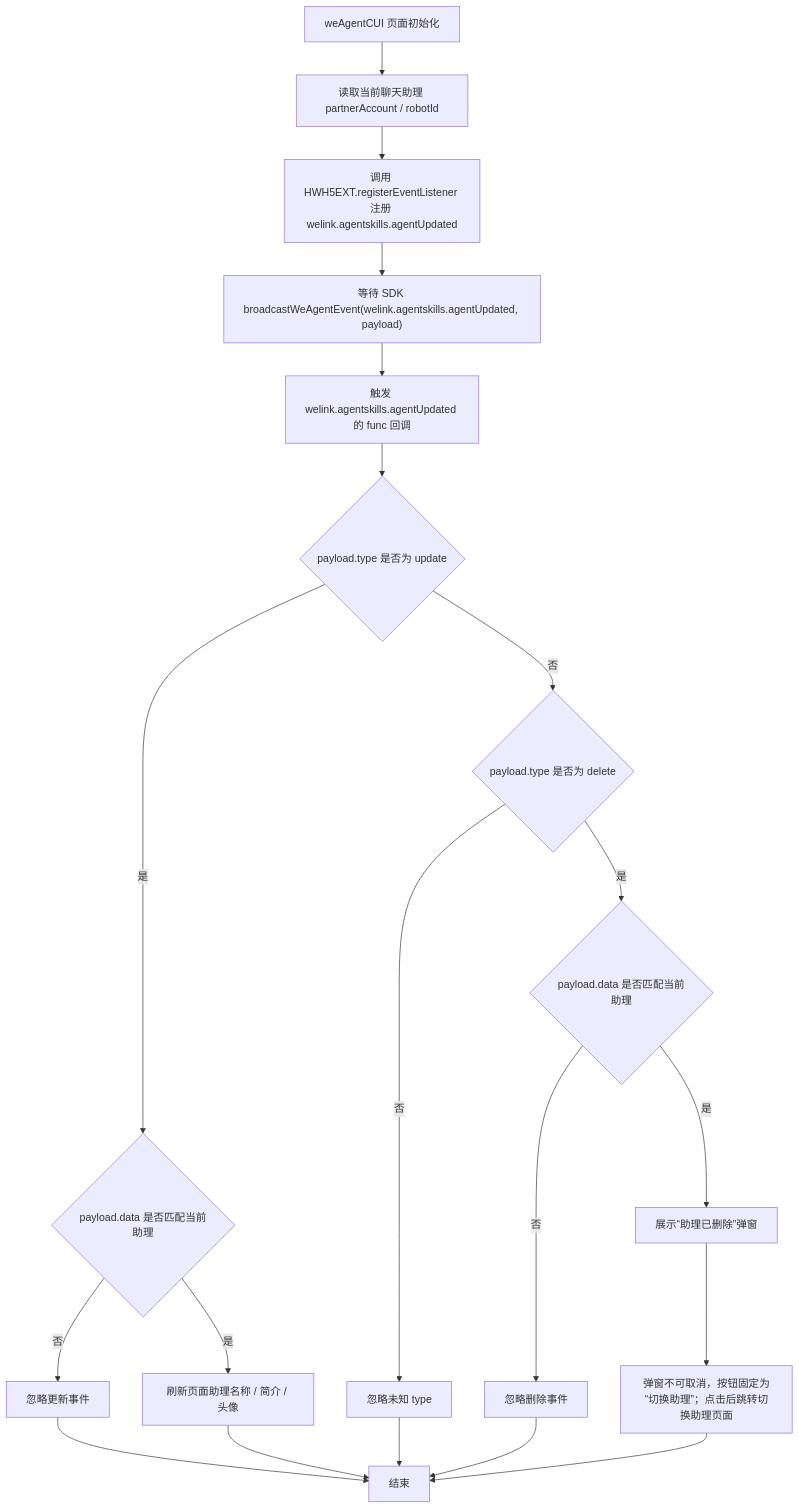
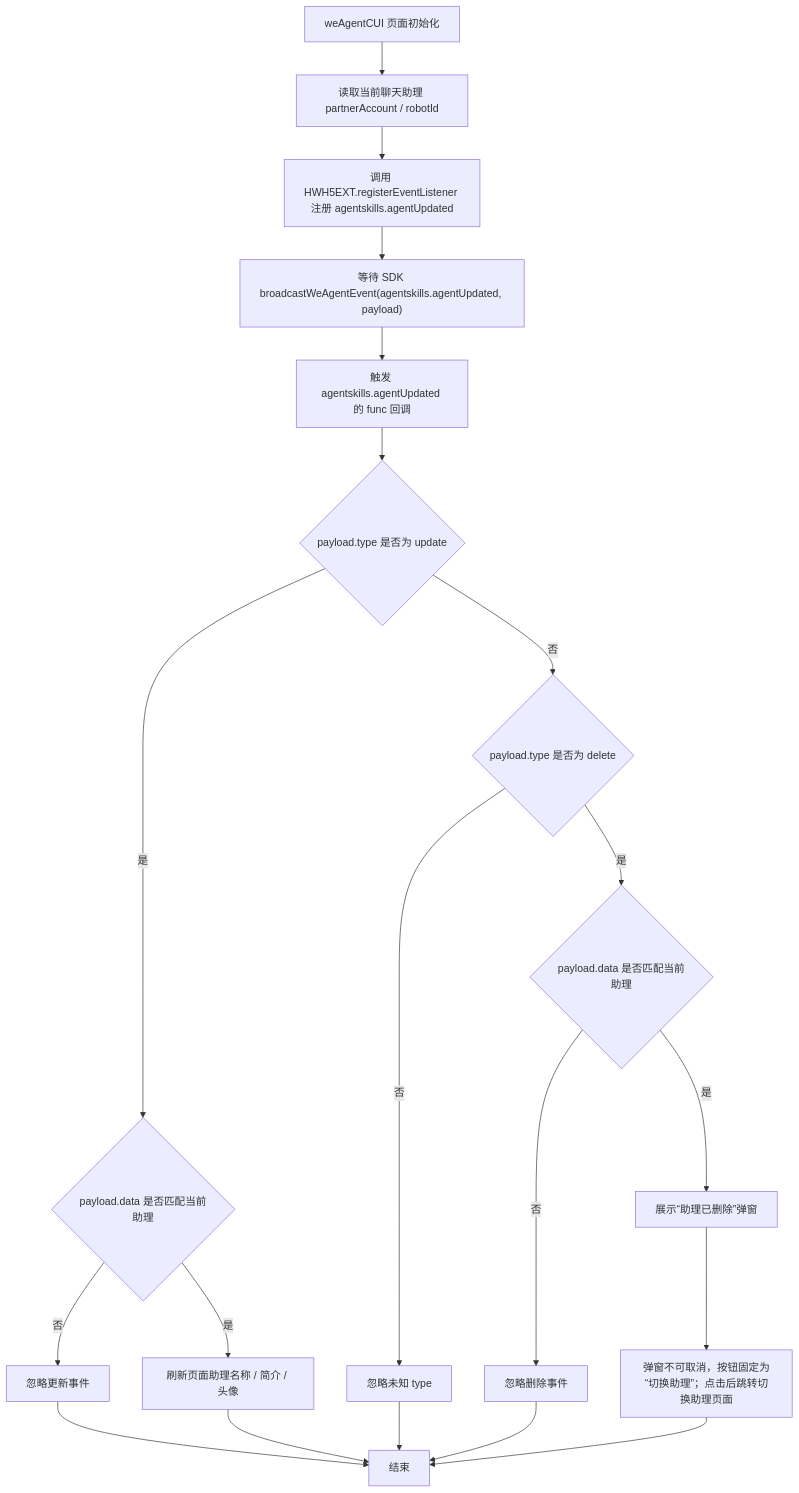
One commit to Abelsjcheng/skillSDK changed the ninth of 9 diagrams in 2026-05-08-we-agent-detail-sync-plan.md. Above: the diagram before and after it, drawn with Mermaid. The commit also changed other lines of this file, not shown here.

````diff
--- a/2026-05-08-we-agent-detail-sync-plan.md
+++ b/2026-05-08-we-agent-detail-sync-plan.md
@@ -539,25 +539,25 @@
 ```mermaid
 flowchart TD
     A["weAgentCUI 页面初始化"] --> B["读取当前聊天助理 partnerAccount / robotId"]
-    B --> C["调用 HWH5EXT.registerEventListener 注册 welink.agentskills.agentUpdated"]
+    B --> C["调用 HWH5EXT.registerEventListener 注册 agentskills.agentUpdated"]
 
-    C --> E["等待 SDK broadcastWeAgentEvent(welink.agentskills.agentUpdated, payload)"]
+    C --> E["等待 SDK broadcastWeAgentEvent(agentskills.agentUpdated, payload)"]
 
-    E --> G["触发 welink.agentskills.agentUpdated 的 func 回调"]
+    E --> G["触发 agentskills.agentUpdated 的 func 回调"]
     G --> H{"payload.type 是否为 update"}
     H -- "是" --> I{"payload.data 是否匹配当前助理"}
     I -- "否" --> J["忽略更新事件"]
     I -- "是" --> K["刷新页面助理名称 / 简介 / 头像"]
     K --> R["结束"]
     J --> R
 
     H -- "否" --> L{"payload.type 是否为 delete"}
     L -- "否" --> M["忽略未知 type"]
     L -- "是" --> N{"payload.data 是否匹配当前助理"}
     N -- "否" --> O["忽略删除事件"]
     N -- "是" --> P["展示“助理已删除”弹窗"]
     P --> Q["弹窗不可取消，按钮固定为“切换助理”；点击后跳转切换助理页面"]
     Q --> R
     M --> R
     O --> R
 ```
````
